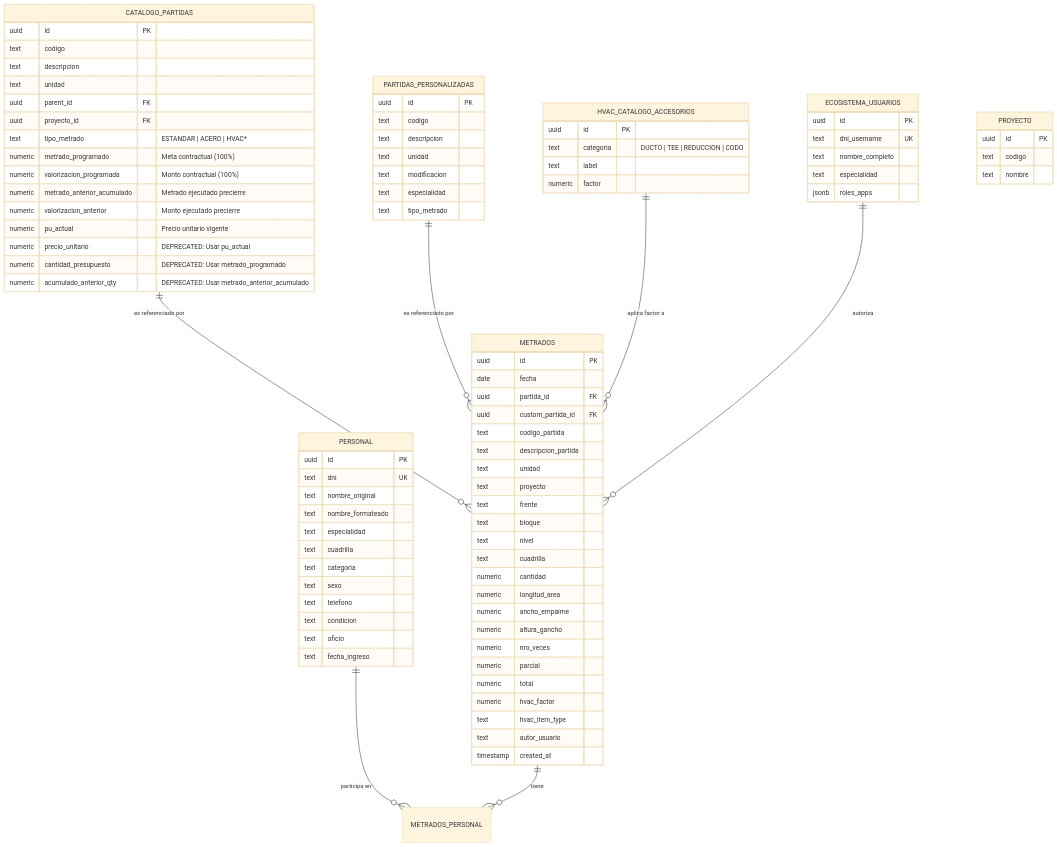
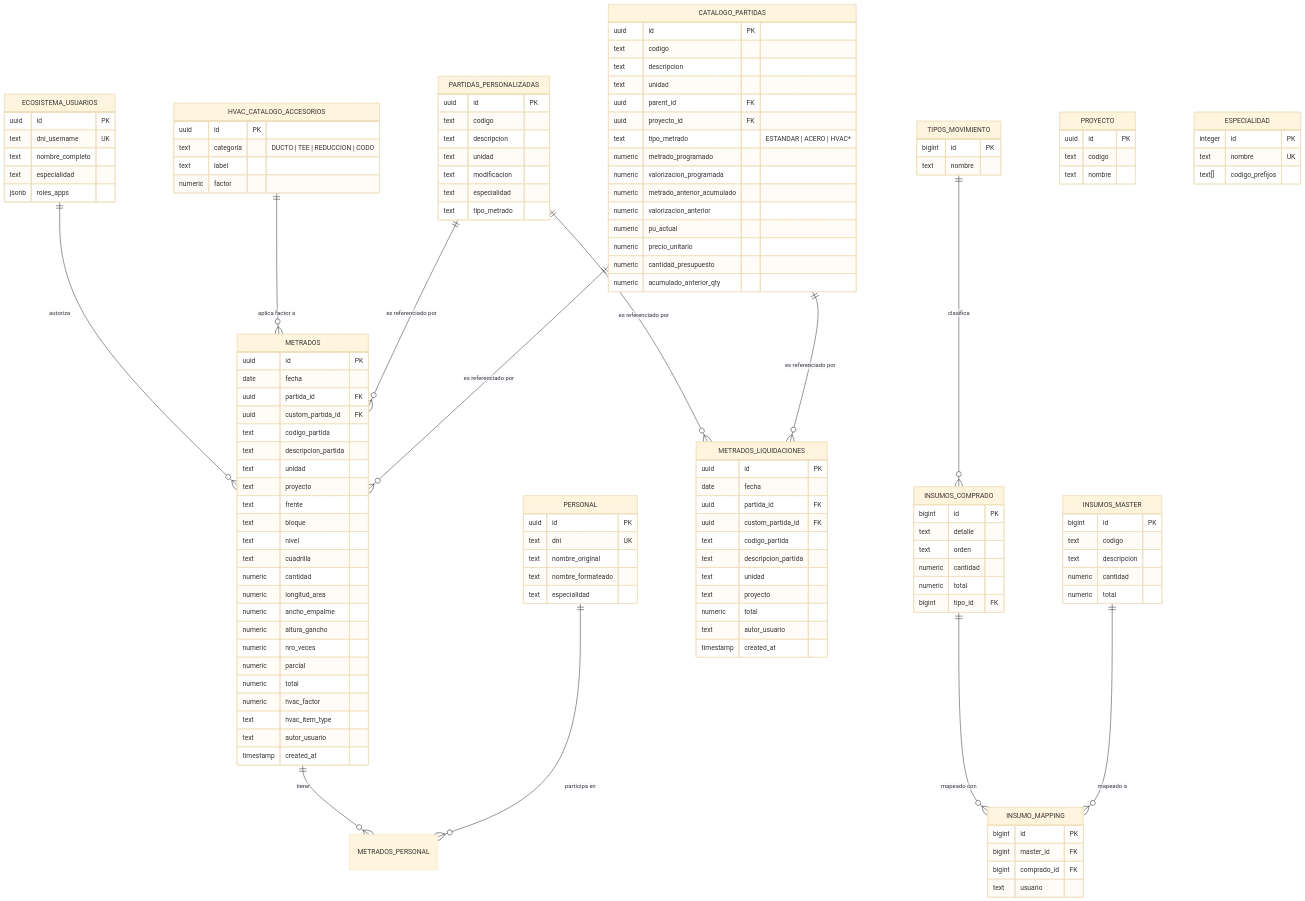
The diagram in SQL_Architecture_Master_Guide.md (JorgeCusco/3_Entregable_web_buscador_de_metrados), drawn with Mermaid (base theme) before and after one commit. The commit also changed other lines of this file and 43 other files, not shown here.

Commit message:
feat(filter): vincular combo de autores con la tabla central ecosistema_usuarios para cruce estricto por especialidad

````diff
--- a/SQL_Architecture_Master_Guide.md
+++ b/SQL_Architecture_Master_Guide.md
@@ -14,7 +14,13 @@
     PARTIDAS_PERSONALIZADAS ||--o{ METRADOS : "es referenciado por"
     PERSONAL ||--o{ METRADOS_PERSONAL : "participa en"
     HVAC_CATALOGO_ACCESORIOS ||--o{ METRADOS : "aplica factor a"
+    CATALOGO_PARTIDAS ||--o{ METRADOS_LIQUIDACIONES : "es referenciado por"
+    PARTIDAS_PERSONALIZADAS ||--o{ METRADOS_LIQUIDACIONES : "es referenciado por"
     
+    INSUMOS_MASTER ||--o{ INSUMO_MAPPING : "mapeado a"
+    INSUMOS_COMPRADO ||--o{ INSUMO_MAPPING : "mapeado con"
+    TIPOS_MOVIMIENTO ||--o{ INSUMOS_COMPRADO : "clasifica"
+
     HVAC_CATALOGO_ACCESORIOS {
         uuid id PK
         text categoria "DUCTO | TEE | REDUCCION | CODO"
@@ -57,14 +63,14 @@
         uuid parent_id FK
         uuid proyecto_id FK
         text tipo_metrado "ESTANDAR | ACERO | HVAC*"
-        numeric metrado_programado "Meta contractual (100%)"
-        numeric valorizacion_programada "Monto contractual (100%)"
-        numeric metrado_anterior_acumulado "Metrado ejecutado precierre"
-        numeric valorizacion_anterior "Monto ejecutado precierre"
-        numeric pu_actual "Precio unitario vigente"
-        numeric precio_unitario "DEPRECATED: Usar pu_actual"
-        numeric cantidad_presupuesto "DEPRECATED: Usar metrado_programado"
-        numeric acumulado_anterior_qty "DEPRECATED: Usar metrado_anterior_acumulado"
+        numeric metrado_programado
+        numeric valorizacion_programada
+        numeric metrado_anterior_acumulado
+        numeric valorizacion_anterior
+        numeric pu_actual
+        numeric precio_unitario
+        numeric cantidad_presupuesto
+        numeric acumulado_anterior_qty
     }
   
     METRADOS {
@@ -92,6 +98,20 @@
         text autor_usuario
         timestamp created_at
     }
+
+    METRADOS_LIQUIDACIONES {
+        uuid id PK
+        date fecha
+        uuid partida_id FK
+        uuid custom_partida_id FK
+        text codigo_partida
+        text descripcion_partida
+        text unidad
+        text proyecto
+        numeric total
+        text autor_usuario
+        timestamp created_at
+    }
   
     PERSONAL {
         uuid id PK
@@ -99,12 +119,40 @@
         text nombre_original
         text nombre_formateado
         text especialidad
-        text cuadrilla
-        text categoria
-        text sexo
-        text telefono
-        text condicion
-        text oficio
-        text fecha_ingreso
+    }
+
+    INSUMOS_MASTER {
+        bigint id PK
+        text codigo
+        text descripcion
+        numeric cantidad
+        numeric total
+    }
+
+    INSUMOS_COMPRADO {
+        bigint id PK
+        text detalle
+        text orden
+        numeric cantidad
+        numeric total
+        bigint tipo_id FK
+    }
+
+    INSUMO_MAPPING {
+        bigint id PK
+        bigint master_id FK
+        bigint comprado_id FK
+        text usuario
+    }
+
+    TIPOS_MOVIMIENTO {
+        bigint id PK
+        text nombre
+    }
+
+    ESPECIALIDAD {
+        integer id PK
+        text nombre UK
+        text[] codigo_prefijos
     }
 ```
````
